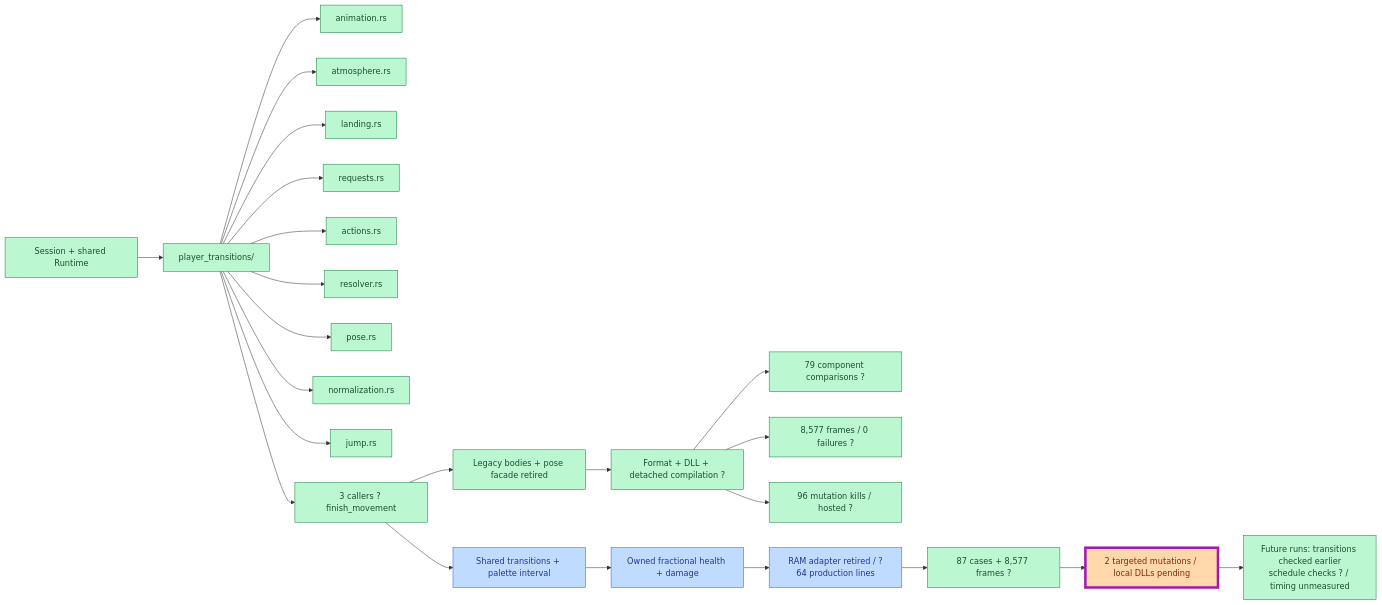
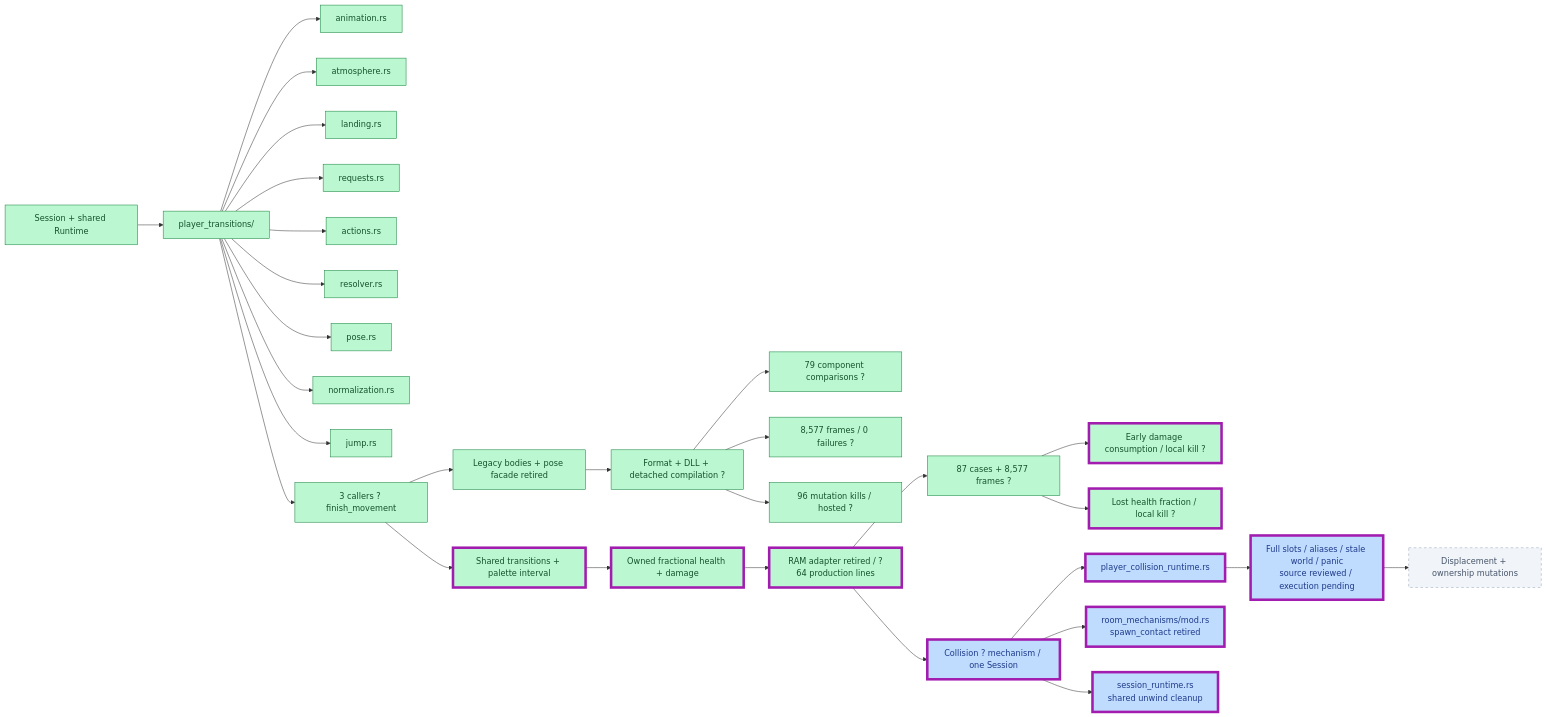
The second of 24 diagrams in PROGRESS.md (JimLundin/sm-decomp), drawn with Mermaid before and after one commit. The commit also changed other lines of this file and 18 other files, not shown here.

First line of the commit message:
Share player settlement ownership and retire damage RAM adapter

````diff
--- a/PROGRESS.md
+++ b/PROGRESS.md
@@ -27,30 +27,37 @@
 ```mermaid
 flowchart LR
     SESSION["Session + shared Runtime"]:::done --> CORE["player_transitions/"]:::done
     CORE --> A["animation.rs"]:::done
     CORE --> B["atmosphere.rs"]:::done
     CORE --> C["landing.rs"]:::done
     CORE --> D["requests.rs"]:::done
     CORE --> E["actions.rs"]:::done
     CORE --> F["resolver.rs"]:::done
     CORE --> G["pose.rs"]:::done
     CORE --> H["normalization.rs"]:::done
     CORE --> I["jump.rs"]:::done
     CORE --> CALL["3 callers ? finish_movement"]:::done
     CALL --> RET["Legacy bodies + pose facade retired"]:::done
     RET --> BUILD["Format + DLL + detached compilation ?"]:::done
     BUILD --> CASES["79 component comparisons ?"]:::done
     BUILD --> MOVIE["8,577 frames / 0 failures ?"]:::done
     BUILD --> MUT["96 mutation kills / hosted ?"]:::done
-    CALL --> NEXT["Shared transitions + palette interval"]:::draft
-    NEXT --> DAMAGE["Owned fractional health + damage"]:::draft
-    DAMAGE --> DEL["RAM adapter retired / ?64 production lines"]:::draft
+    CALL --> NEXT["Shared transitions + palette interval"]:::done
+    NEXT --> DAMAGE["Owned fractional health + damage"]:::done
+    DAMAGE --> DEL["RAM adapter retired / ?64 production lines"]:::done
     DEL --> LOCAL["87 cases + 8,577 frames ?"]:::done
-    LOCAL --> CI["2 targeted mutations / local DLLs pending"]:::active
-    CI --> ORDER["Future runs: transitions checked earlier<br/>schedule checks ? / timing unmeasured"]:::done
-    class CI changed
+    LOCAL --> EARLY["Early damage consumption / local kill ?"]:::done
+    LOCAL --> FRACTION["Lost health fraction / local kill ?"]:::done
+    DEL --> CM["Collision ? mechanism / one Session"]:::draft
+    CM --> CALLER["player_collision_runtime.rs"]:::draft
+    CM --> WRAPPER["room_mechanisms/mod.rs<br/>spawn_contact retired"]:::draft
+    CM --> CLEANUP["session_runtime.rs<br/>shared unwind cleanup"]:::draft
+    CALLER --> CHECK["Full slots / aliases / stale world / panic<br/>source reviewed / execution pending"]:::draft
+    CHECK --> CMUT["Displacement + ownership mutations"]:::pending
+    class NEXT,DAMAGE,DEL,EARLY,FRACTION,CM,CALLER,WRAPPER,CLEANUP,CHECK changed
     classDef done fill:#bbf7d0,stroke:#15803d,color:#14532d
     classDef draft fill:#bfdbfe,stroke:#2563eb,color:#1e3a8a
     classDef active fill:#fed7aa,stroke:#ea580c,color:#7c2d12
+    classDef pending fill:#f1f5f9,stroke:#94a3b8,color:#475569,stroke-dasharray:5 5
     classDef changed stroke:#a21caf,stroke-width:5px
 ```
````
